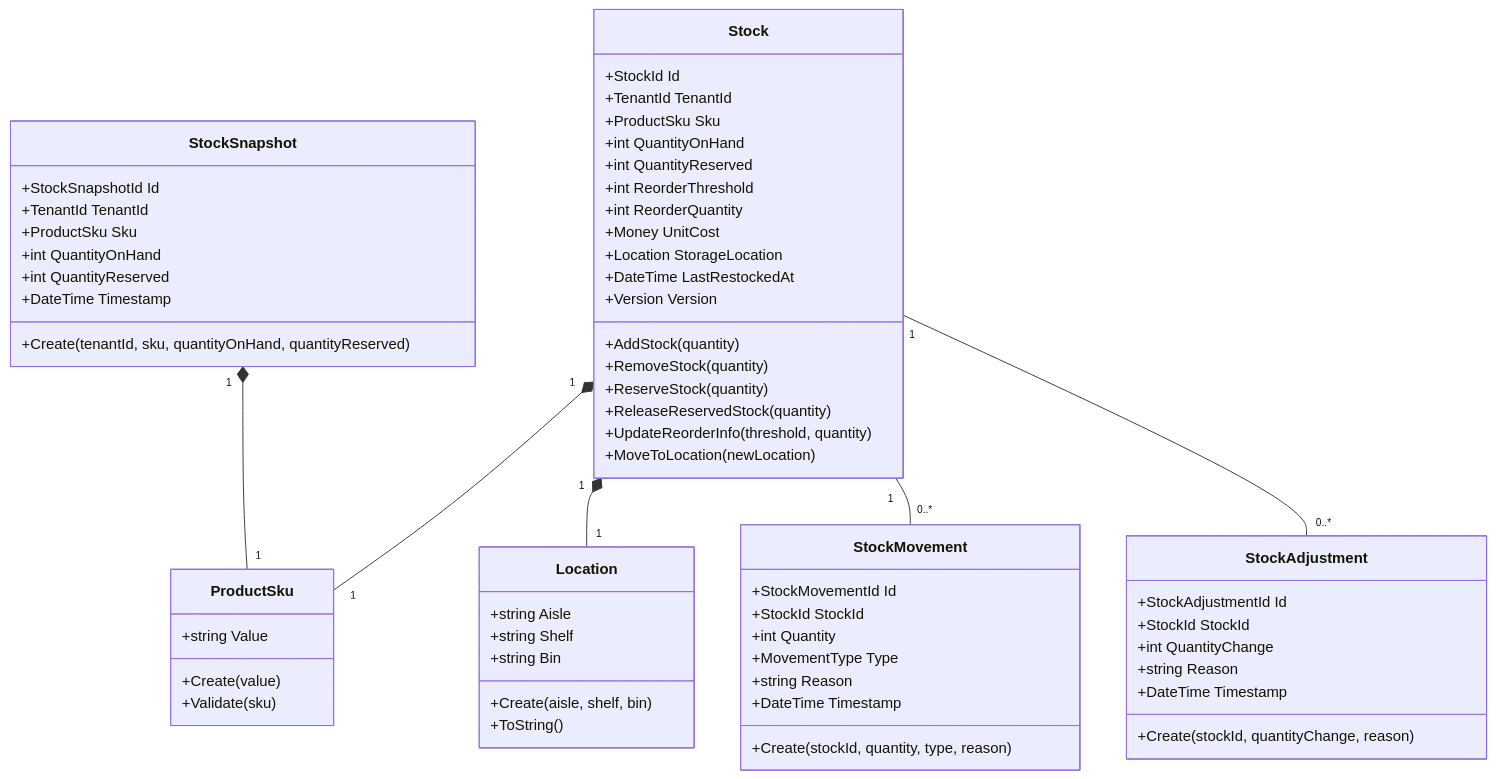
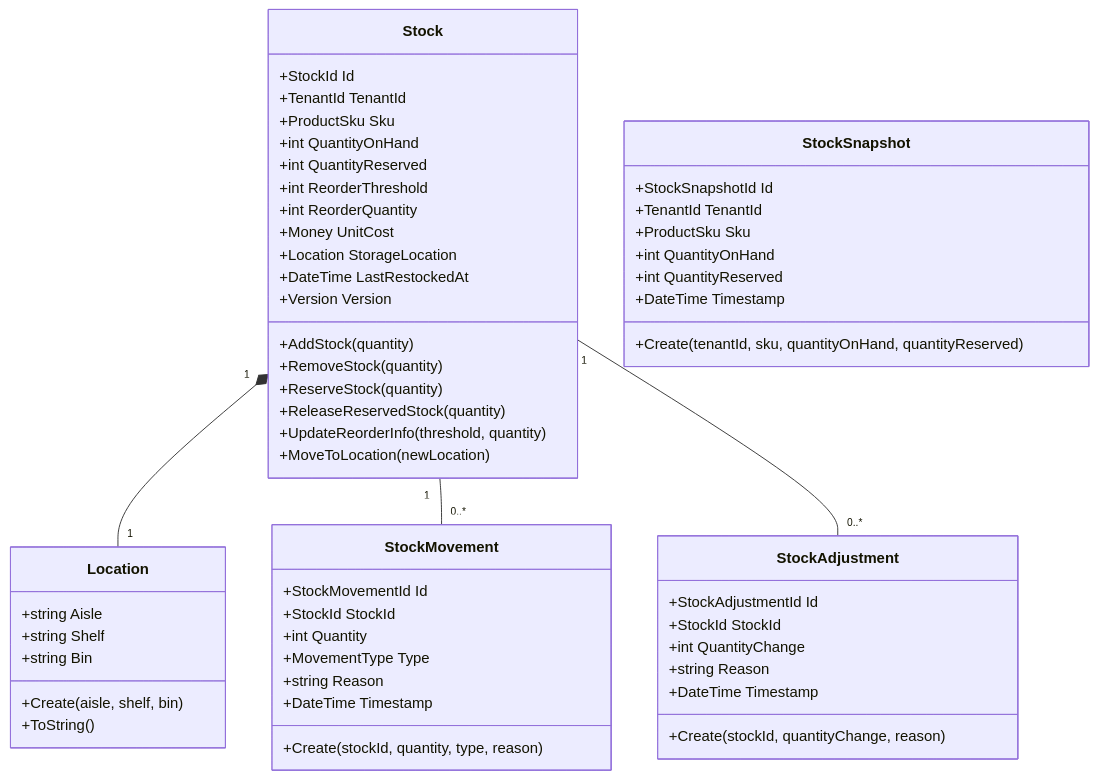
One commit to BridgingIT-GmbH/bITdevKit.Examples.BookFiesta changed the diagram in src/Modules/Inventory/Inventory-README.md. Above: the diagram before and after it, drawn with Mermaid. The commit also changed other lines of this file and 6 other files, not shown here.

````diff
--- a/src/Modules/Inventory/Inventory-README.md
+++ b/src/Modules/Inventory/Inventory-README.md
@@ -19,71 +19,63 @@
 ```mermaid
 classDiagram
   class Stock {
     +StockId Id
     +TenantId TenantId
     +ProductSku Sku
     +int QuantityOnHand
     +int QuantityReserved
     +int ReorderThreshold
     +int ReorderQuantity
     +Money UnitCost
     +Location StorageLocation
     +DateTime LastRestockedAt
     +Version Version
     +AddStock(quantity)
     +RemoveStock(quantity)
     +ReserveStock(quantity)
     +ReleaseReservedStock(quantity)
     +UpdateReorderInfo(threshold, quantity)
     +MoveToLocation(newLocation)
   }
 
   class StockSnapshot {
     +StockSnapshotId Id
     +TenantId TenantId
     +ProductSku Sku
     +int QuantityOnHand
     +int QuantityReserved
     +DateTime Timestamp
     +Create(tenantId, sku, quantityOnHand, quantityReserved)
   }
 
   class StockMovement {
     +StockMovementId Id
     +StockId StockId
     +int Quantity
     +MovementType Type
     +string Reason
     +DateTime Timestamp
     +Create(stockId, quantity, type, reason)
   }
 
   class StockAdjustment {
     +StockAdjustmentId Id
     +StockId StockId
     +int QuantityChange
     +string Reason
     +DateTime Timestamp
     +Create(stockId, quantityChange, reason)
   }
 
-  class ProductSku {
-    +string Value
-    +Create(value)
-    +Validate(sku)
-  }
-
   class Location {
     +string Aisle
     +string Shelf
     +string Bin
     +Create(aisle, shelf, bin)
     +ToString()
   }
 
-  Stock "1" *-- "1" ProductSku
   Stock "1" *-- "1" Location
   Stock "1" -- "0..*" StockMovement
   Stock "1" -- "0..*" StockAdjustment
-  StockSnapshot "1" *-- "1" ProductSku
 ```
````
